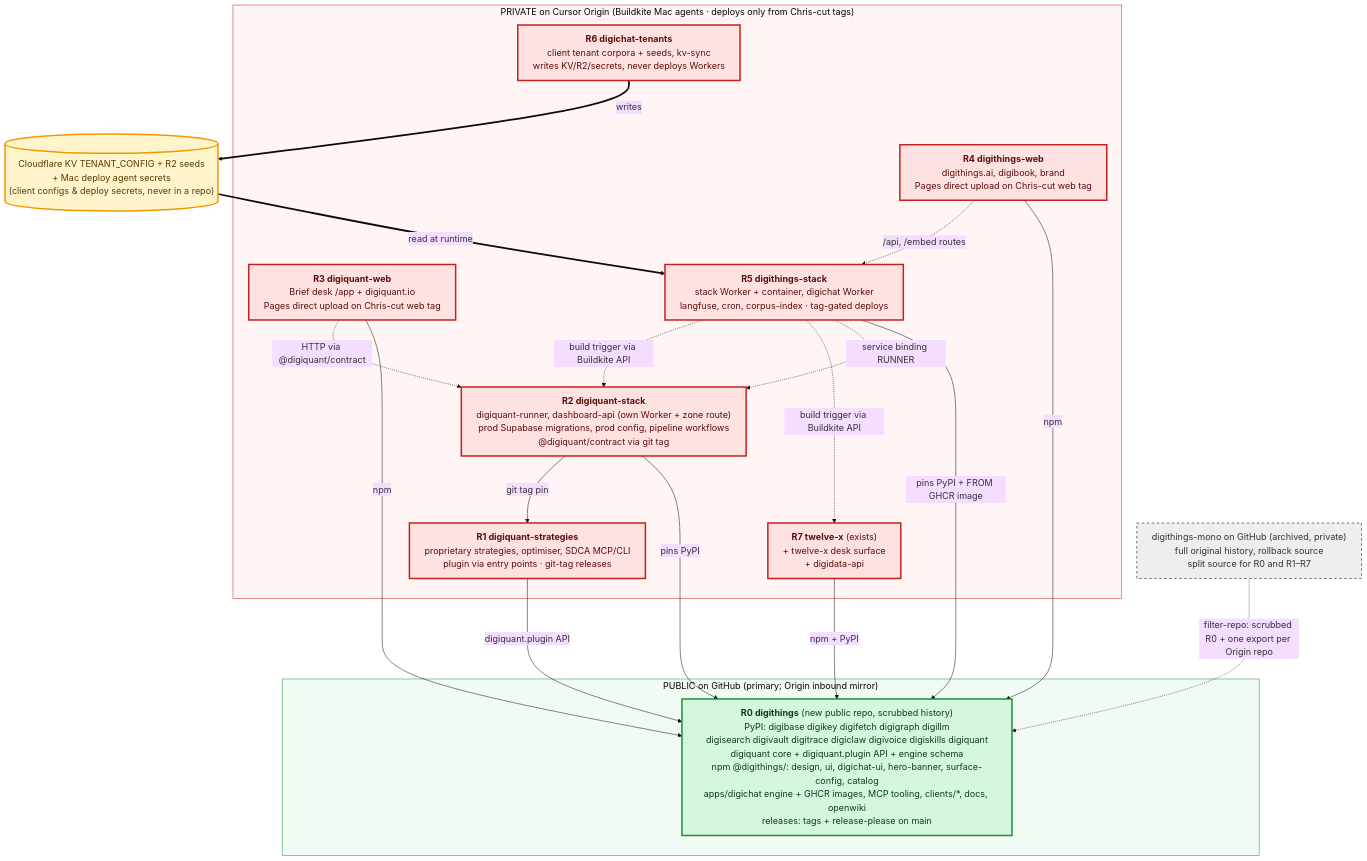
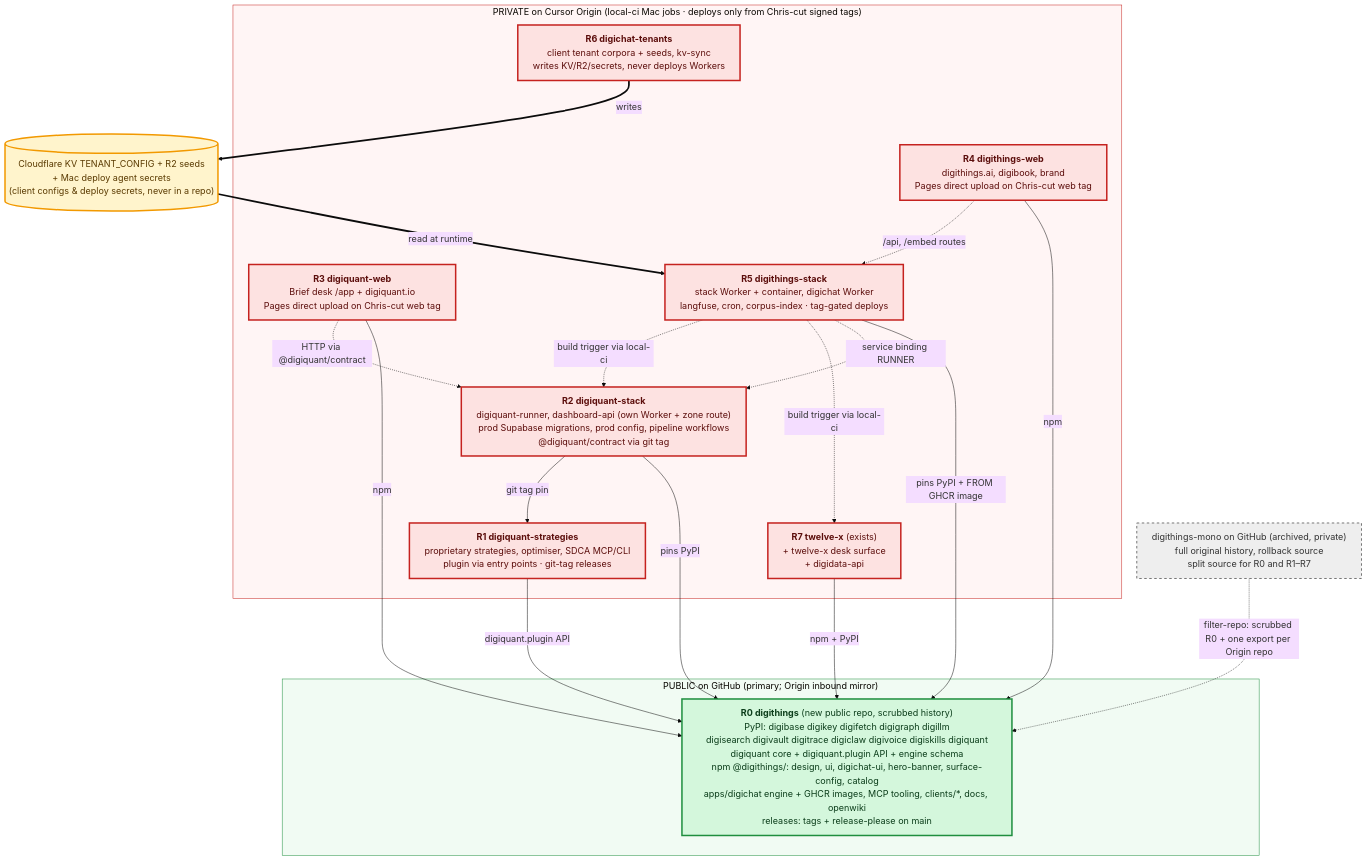
The diagram in docs/repo-split/repo-split.mmd (digithings-ai/digithings), drawn with Mermaid before and after one commit. The commit also changed 4 other files, not shown here.

Commit message:
docs(repo-split): remove remaining Buildkite refs per Chris 23:36 hold (DIG-3573)

```diff
--- a/docs/repo-split/repo-split.mmd
+++ b/docs/repo-split/repo-split.mmd
@@ -1,40 +1,40 @@
 %%{init: {'theme':'base','themeVariables':{'fontSize':'18px'},'flowchart':{'curve':'basis','nodeSpacing':40,'rankSpacing':80,'wrappingWidth':600}}}%%
 flowchart TB
   subgraph PUB["PUBLIC on GitHub (primary; Origin inbound mirror)"]
     R0["<b>R0 digithings</b> (new public repo, scrubbed history)<br/>PyPI: digibase digikey digifetch digigraph digillm<br/>digisearch digivault digitrace digiclaw digivoice digiskills digiquant<br/>digiquant core + digiquant.plugin API + engine schema<br/>npm @digithings/: design, ui, digichat-ui, hero-banner, surface-config, catalog<br/>apps/digichat engine + GHCR images, MCP tooling, clients/*, docs, openwiki<br/>releases: tags + release-please on main"]
   end
-  subgraph PRIV["PRIVATE on Cursor Origin (Buildkite Mac agents · deploys only from Chris-cut tags)"]
+  subgraph PRIV["PRIVATE on Cursor Origin (local-ci Mac jobs · deploys only from Chris-cut signed tags)"]
     R1["<b>R1 digiquant-strategies</b><br/>proprietary strategies, optimiser, SDCA MCP/CLI<br/>plugin via entry points · git-tag releases"]
     R2["<b>R2 digiquant-stack</b><br/>digiquant-runner, dashboard-api (own Worker + zone route)<br/>prod Supabase migrations, prod config, pipeline workflows<br/>@digiquant/contract via git tag"]
     R3["<b>R3 digiquant-web</b><br/>Brief desk /app + digiquant.io<br/>Pages direct upload on Chris-cut web tag"]
     R4["<b>R4 digithings-web</b><br/>digithings.ai, digibook, brand<br/>Pages direct upload on Chris-cut web tag"]
     R5["<b>R5 digithings-stack</b><br/>stack Worker + container, digichat Worker<br/>langfuse, cron, corpus-index · tag-gated deploys"]
     R6["<b>R6 digichat-tenants</b><br/>client tenant corpora + seeds, kv-sync<br/>writes KV/R2/secrets, never deploys Workers"]
     R7["<b>R7 twelve-x</b> (exists)<br/>+ twelve-x desk surface<br/>+ digidata-api"]
   end
   MONO["digithings-mono on GitHub (archived, private)<br/>full original history, rollback source<br/>split source for R0 and R1–R7"]
   KV[("Cloudflare KV TENANT_CONFIG + R2 seeds<br/>+ Mac deploy agent secrets<br/>(client configs &amp; deploy secrets, never in a repo)")]
 
   R1 -->|digiquant.plugin API| R0
   R2 -->|pins PyPI| R0
   R2 -->|git tag pin| R1
   R3 -->|npm| R0
   R4 -->|npm| R0
   R5 -->|pins PyPI + FROM GHCR image| R0
   R7 -->|npm + PyPI| R0
   R3 -.->|HTTP via @digiquant/contract| R2
   R4 -.->|/api, /embed routes| R5
   R5 -.->|service binding RUNNER| R2
-  R5 -.->|build trigger via Buildkite API| R7
-  R5 -.->|build trigger via Buildkite API| R2
+  R5 -.->|build trigger via local-ci| R7
+  R5 -.->|build trigger via local-ci| R2
   R6 ==>|writes| KV
   KV ==>|read at runtime| R5
   MONO -.->|filter-repo: scrubbed R0 + one export per Origin repo| R0
 
   classDef pub fill:#d4f7dc,stroke:#1e8e3e,stroke-width:3px,color:#0b3d1a;
   classDef priv fill:#fde2e1,stroke:#c5221f,stroke-width:3px,color:#5c0e0c;
   classDef kv fill:#fff4cc,stroke:#f29900,stroke-width:3px,color:#5a3a00;
   classDef arch fill:#eeeeee,stroke:#777777,stroke-width:2px,color:#333333,stroke-dasharray: 5 5;
   class R0 pub; class R1,R2,R3,R4,R5,R6,R7 priv; class KV kv; class MONO arch;
   style PUB fill:#f1fbf3,stroke:#1e8e3e
   style PRIV fill:#fff5f5,stroke:#c5221f
```
